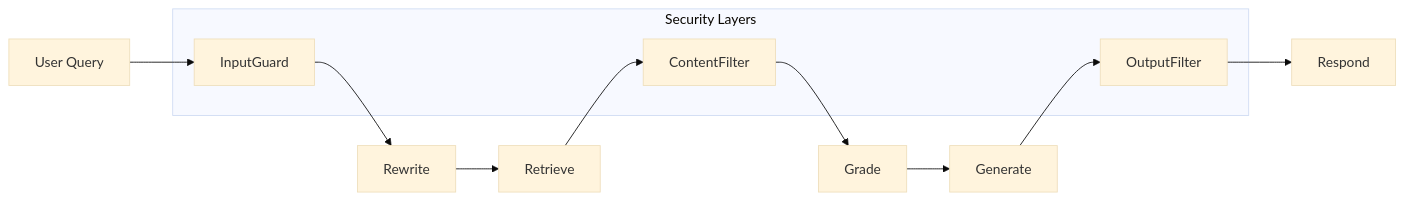
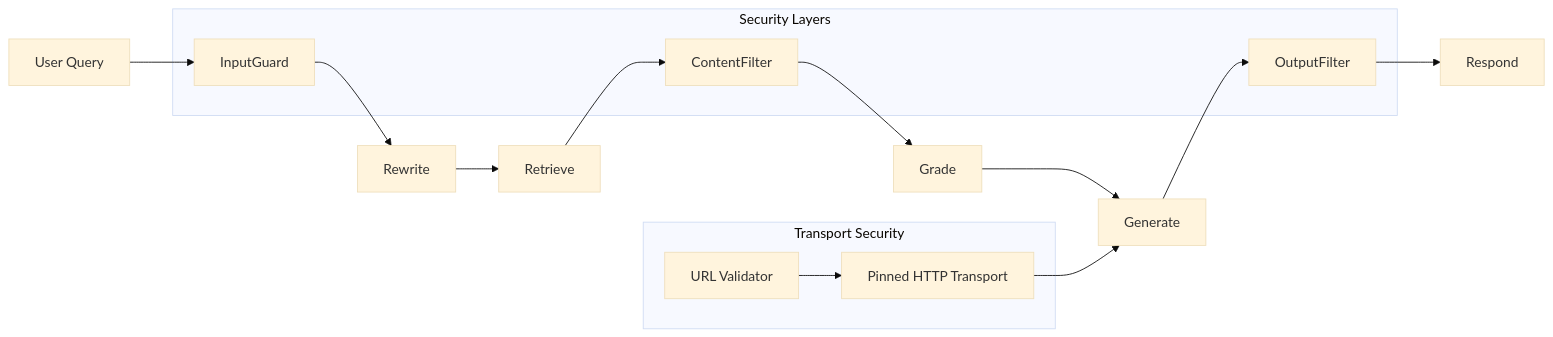
The second of 15 diagrams in .qoder/repowiki/en/content/Architecture and Design/Security and Compliance Architecture.md (genes8/private-ai), drawn with Mermaid (base theme) before and after one commit. The commit also changed other lines of this file and 19 other files, not shown here.

````diff
--- a/.qoder/repowiki/en/content/Architecture and Design/Security and Compliance Architecture.md
+++ b/.qoder/repowiki/en/content/Architecture and Design/Security and Compliance Architecture.md
@@ -169,16 +200,22 @@
 ```mermaid
 graph LR
 User["User Query"] --> IG["InputGuard"]
 IG --> RW["Rewrite"]
 RW --> RET["Retrieve"]
 RET --> CF["ContentFilter"]
 CF --> GRADE["Grade"]
 GRADE --> GEN["Generate"]
 GEN --> OF["OutputFilter"]
 OF --> RESP["Respond"]
 subgraph "Security Layers"
 IG["InputGuard"]
 CF["ContentFilter"]
 OF["OutputFilter"]
 end
+subgraph "Transport Security"
+URLV["URL Validator"]
+PH["Pinned HTTP Transport"]
+end
+URLV --> PH
+PH --> GEN
 ```
````
